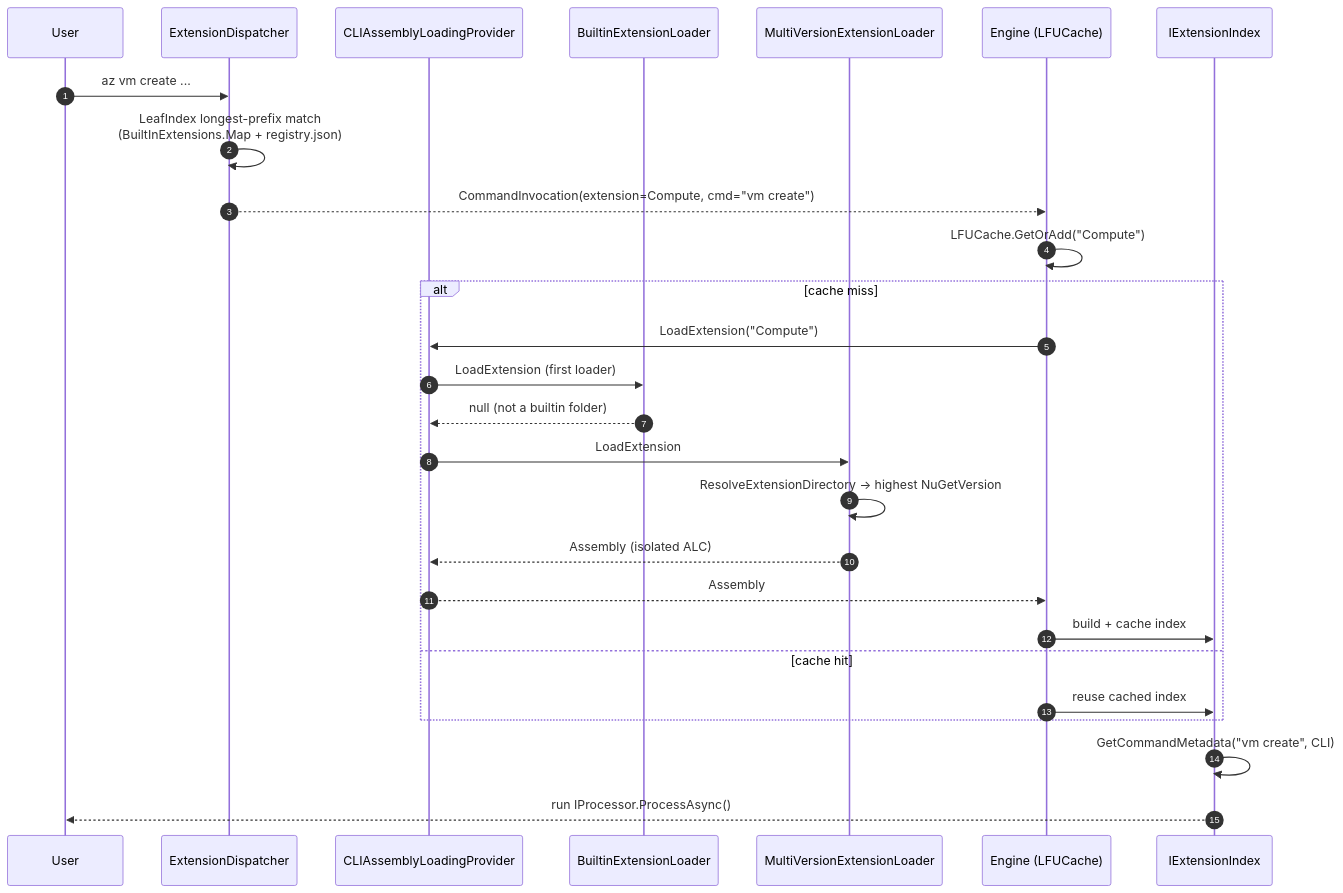
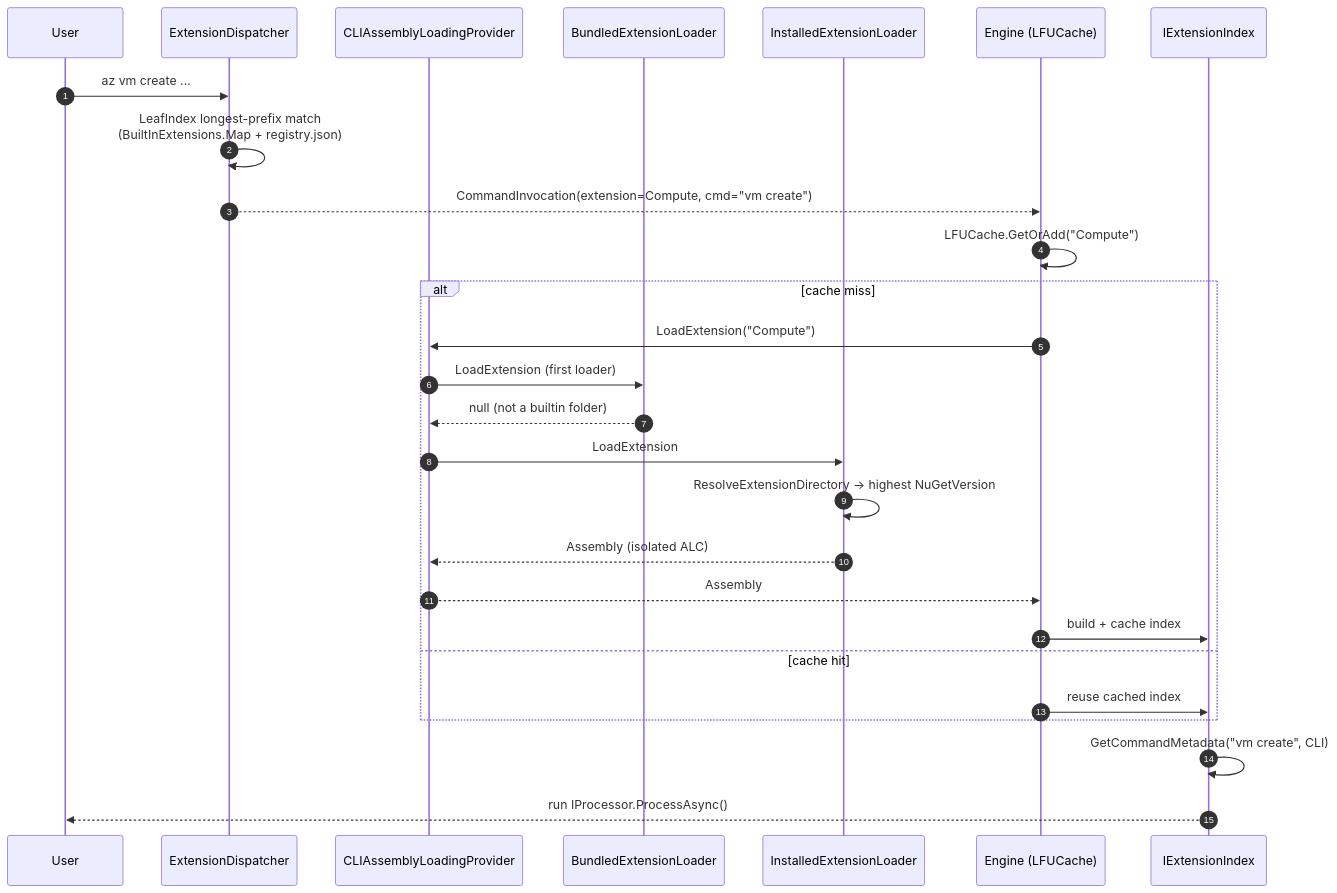
The second of 3 diagrams in wiki/02-deep-dive/extension-system.md (Azure/azclips), drawn with Mermaid before and after one commit. The commit also changed other lines of this file and 21 other files, not shown here.

````diff
--- a/wiki/02-deep-dive/extension-system.md
+++ b/wiki/02-deep-dive/extension-system.md
@@ -190,30 +190,30 @@
 ```mermaid
 sequenceDiagram
     autonumber
     participant U as User
     participant D as ExtensionDispatcher
     participant P as CLIAssemblyLoadingProvider
-    participant B as BuiltinExtensionLoader
-    participant M as MultiVersionExtensionLoader
+    participant B as BundledExtensionLoader
+    participant M as InstalledExtensionLoader
     participant E as Engine (LFUCache)
     participant I as IExtensionIndex
 
     U->>D: az vm create ...
     D->>D: LeafIndex longest-prefix match<br>(BuiltInExtensions.Map + registry.json)
     D-->>E: CommandInvocation(extension=Compute, cmd="vm create")
     E->>E: LFUCache.GetOrAdd("Compute")
     alt cache miss
         E->>P: LoadExtension("Compute")
         P->>B: LoadExtension (first loader)
         B-->>P: null (not a builtin folder)
         P->>M: LoadExtension
         M->>M: ResolveExtensionDirectory → highest NuGetVersion
         M-->>P: Assembly (isolated ALC)
         P-->>E: Assembly
         E->>I: build + cache index
     else cache hit
         E->>I: reuse cached index
     end
     I->>I: GetCommandMetadata("vm create", CLI)
     I-->>U: run IProcessor.ProcessAsync()
 ```
````
